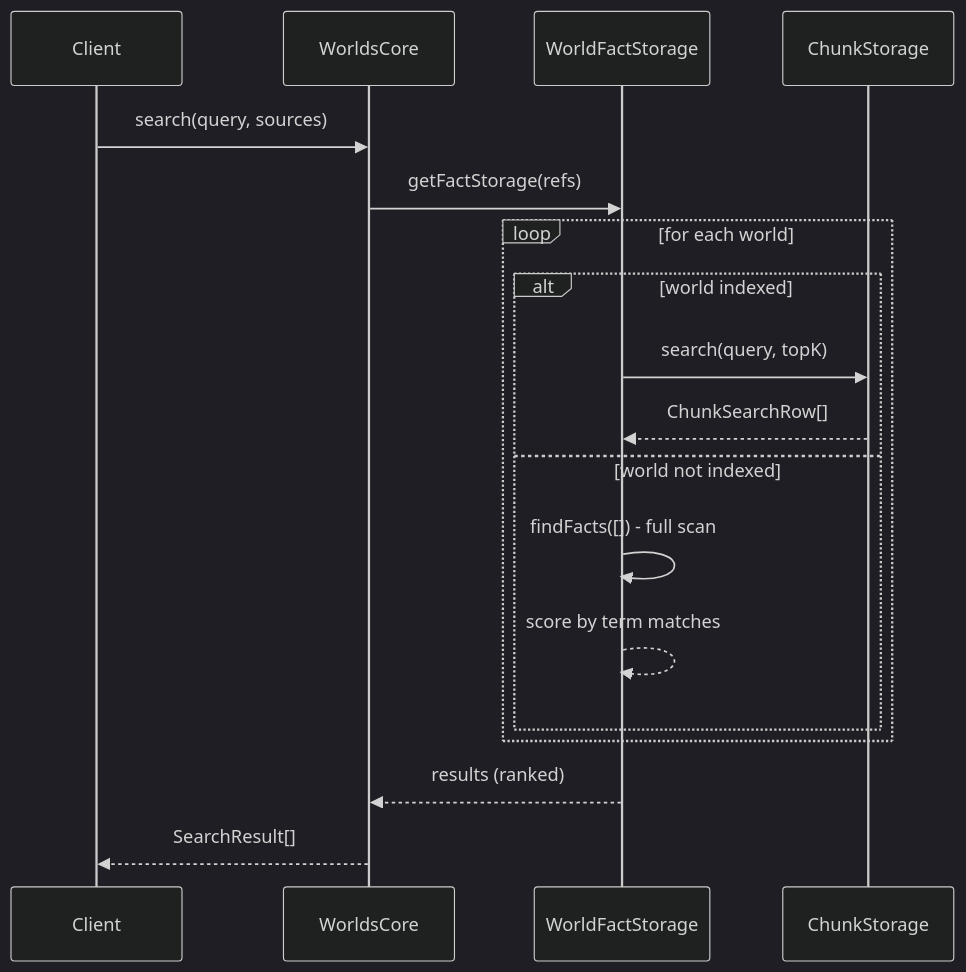
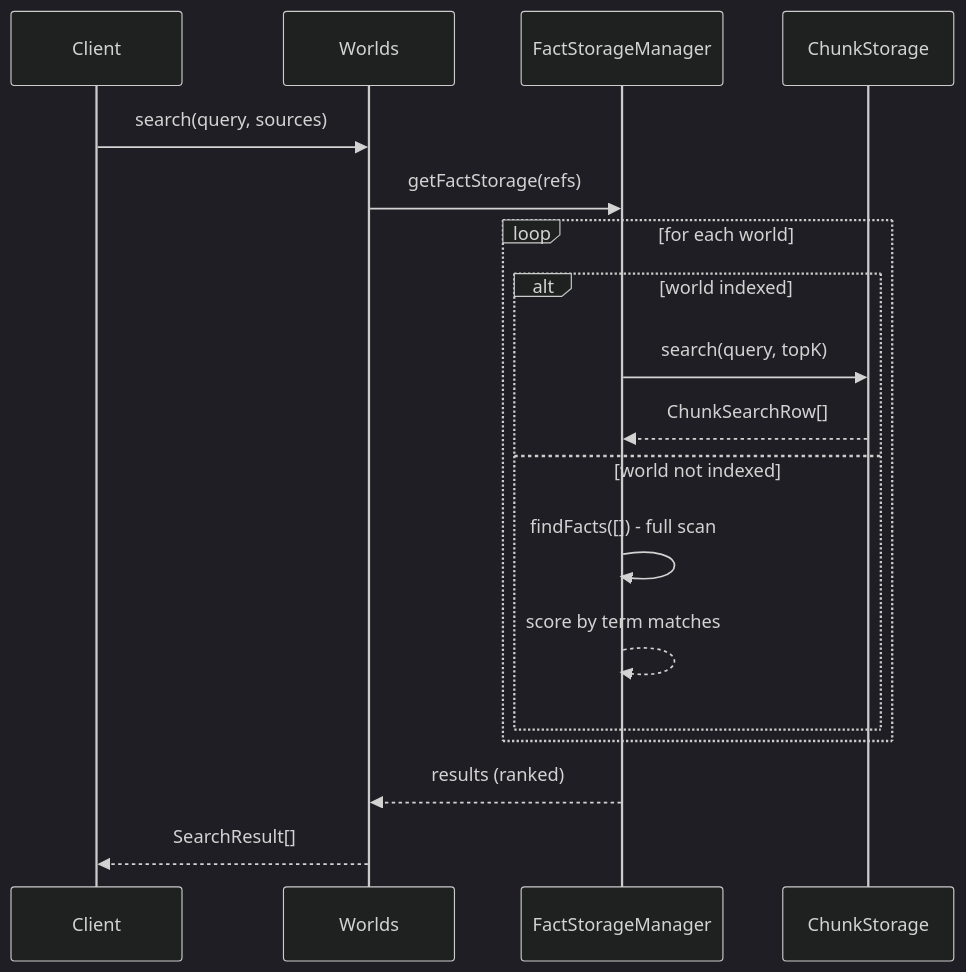
One commit to wazootech/worlds-api changed the third of 5 diagrams in docs/ARCHITECTURE.md. Above: the diagram before and after it, drawn with Mermaid (dark theme). The commit also changed other lines of this file and 8 other files, not shown here.

Commit message:
refactor: rename worlds/worlds/facts -> worlds/facts, add InMemoryFactStorageManager tests

````diff
--- a/docs/ARCHITECTURE.md
+++ b/docs/ARCHITECTURE.md
@@ -111,23 +111,23 @@
 ```mermaid
 sequenceDiagram
     participant Client
-    participant WorldsCore
-    participant WorldFactStorage
+    participant Worlds
+    participant FactStorageManager
     participant ChunkStorage
     
-    Client->>WorldsCore: search(query, sources)
-    WorldsCore->>WorldFactStorage: getFactStorage(refs)
+    Client->>Worlds: search(query, sources)
+    Worlds->>FactStorageManager: getFactStorage(refs)
     
     loop for each world
         alt world indexed
-            WorldFactStorage->>ChunkStorage: search(query, topK)
-            ChunkStorage-->>WorldFactStorage: ChunkSearchRow[]
+            FactStorageManager->>ChunkStorage: search(query, topK)
+            ChunkStorage-->>FactStorageManager: ChunkSearchRow[]
         else world not indexed
-            WorldFactStorage->>WorldFactStorage: findFacts([]) - full scan
-            WorldFactStorage-->>WorldFactStorage: score by term matches
+            FactStorageManager->>FactStorageManager: findFacts([]) - full scan
+            FactStorageManager-->>FactStorageManager: score by term matches
         end
     end
     
-    WorldFactStorage-->>WorldsCore: results (ranked)
-    WorldsCore-->>Client: SearchResult[]
+    FactStorageManager-->>Worlds: results (ranked)
+    Worlds-->>Client: SearchResult[]
 ```
````
